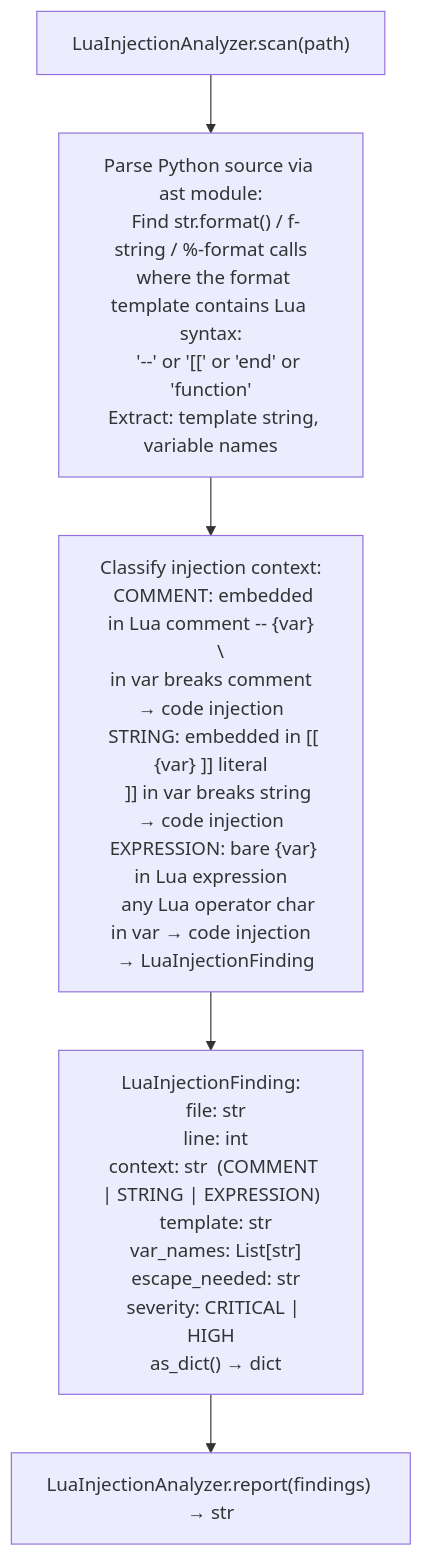
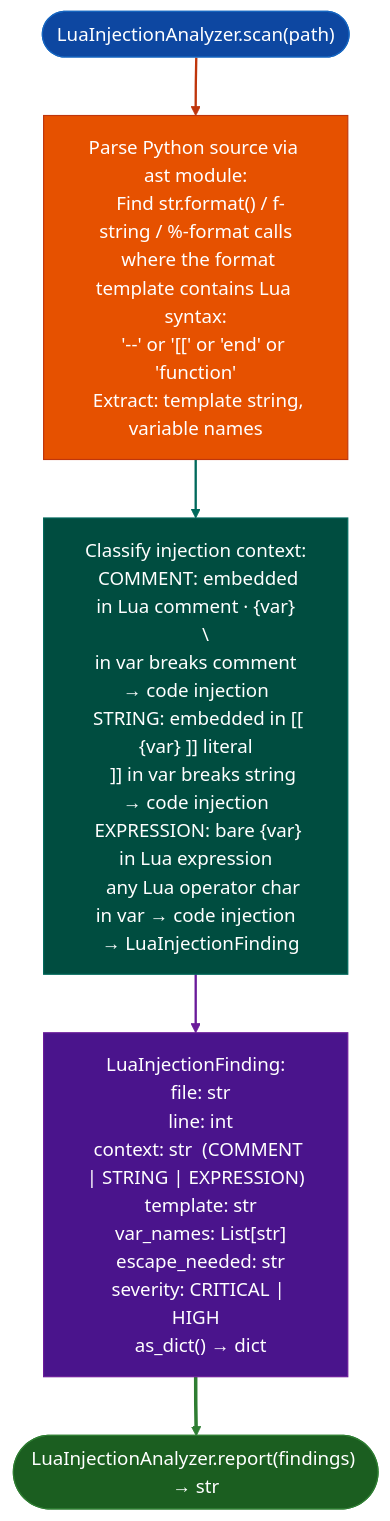
Before and after one commit to Ablation-Tool/ablation: the diagram in docs/reference-modules/java-security-pattern-scans.md, drawn with Mermaid. The commit also changed 320 other files, not shown here.

First line of the commit message:
docs: apply canonical Mermaid template to all 321 diagrams

````diff
--- a/docs/reference-modules/java-security-pattern-scans.md
+++ b/docs/reference-modules/java-security-pattern-scans.md
@@ -19,7 +19,17 @@
 ```mermaid
 flowchart TD
-    A["LuaInjectionAnalyzer.scan(path)"] --> B["Parse Python source via ast module:\n  Find str.format() / f-string / %-format calls\n  where the format template contains Lua syntax:\n    '--' or '[[' or 'end' or 'function'\n  Extract: template string, variable names"]
-    B --> C["Classify injection context:\n  COMMENT: embedded in Lua comment -- {var}\n    \\n in var breaks comment → code injection\n  STRING: embedded in [[ {var} ]] literal\n    ]] in var breaks string → code injection\n  EXPRESSION: bare {var} in Lua expression\n    any Lua operator char in var → code injection\n  → LuaInjectionFinding"]
-    C --> D["LuaInjectionFinding:\n  file: str\n  line: int\n  context: str  (COMMENT | STRING | EXPRESSION)\n  template: str\n  var_names: List[str]\n  escape_needed: str\n  severity: CRITICAL | HIGH\n  as_dict() → dict"]
-    D --> E["LuaInjectionAnalyzer.report(findings) → str"]
+    A(["LuaInjectionAnalyzer.scan(path)"]):::input --> B["Parse Python source via ast module:\n  Find str.format() / f-string / %-format calls\n  where the format template contains Lua syntax:\n    '--' or '[[' or 'end' or 'function'\n  Extract: template string, variable names"]:::primary
+    B:::primary --> C["Classify injection context:\n  COMMENT: embedded in Lua comment · {var}\n    \\n in var breaks comment → code injection\n  STRING: embedded in [[ {var} ]] literal\n    ]] in var breaks string → code injection\n  EXPRESSION: bare {var} in Lua expression\n    any Lua operator char in var → code injection\n  → LuaInjectionFinding"]:::secondary
+    C:::secondary --> D["LuaInjectionFinding:\n  file: str\n  line: int\n  context: str  (COMMENT | STRING | EXPRESSION)\n  template: str\n  var_names: List[str]\n  escape_needed: str\n  severity: CRITICAL | HIGH\n  as_dict() → dict"]:::tertiary
+    D:::tertiary --> E(["LuaInjectionAnalyzer.report(findings) → str"]):::output
+    classDef input     fill:#0d47a1,stroke:#1565c0,color:#fff
+    classDef primary   fill:#e65100,stroke:#bf360c,color:#fff
+    classDef secondary fill:#004d40,stroke:#00695c,color:#fff
+    classDef tertiary  fill:#4a148c,stroke:#6a1b9a,color:#fff
+    classDef neutral   fill:#37474f,stroke:#546e7a,color:#fff
+    classDef output    fill:#1b5e20,stroke:#2e7d32,color:#fff
+    linkStyle 0 stroke:#bf360c,stroke-width:2px
+    linkStyle 1 stroke:#00695c,stroke-width:2px
+    linkStyle 2 stroke:#6a1b9a,stroke-width:2px
+    linkStyle 3 stroke:#2e7d32,stroke-width:3px
 ```
````
